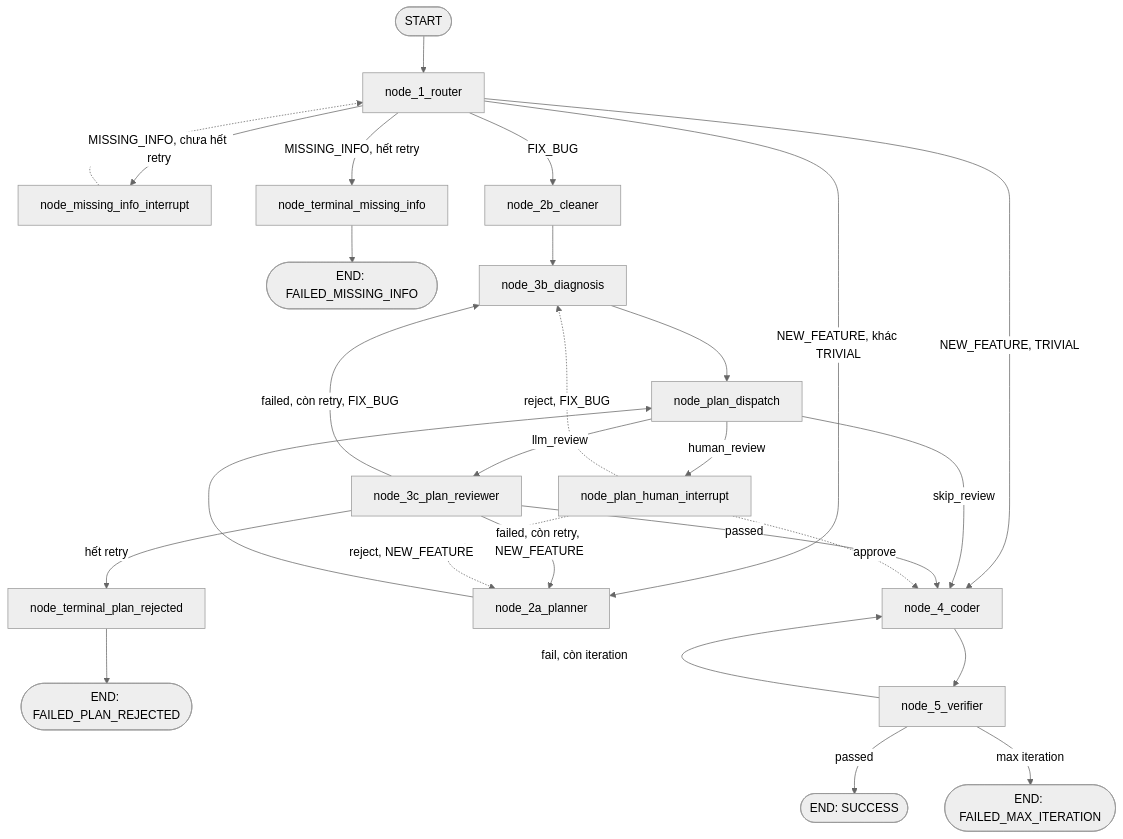
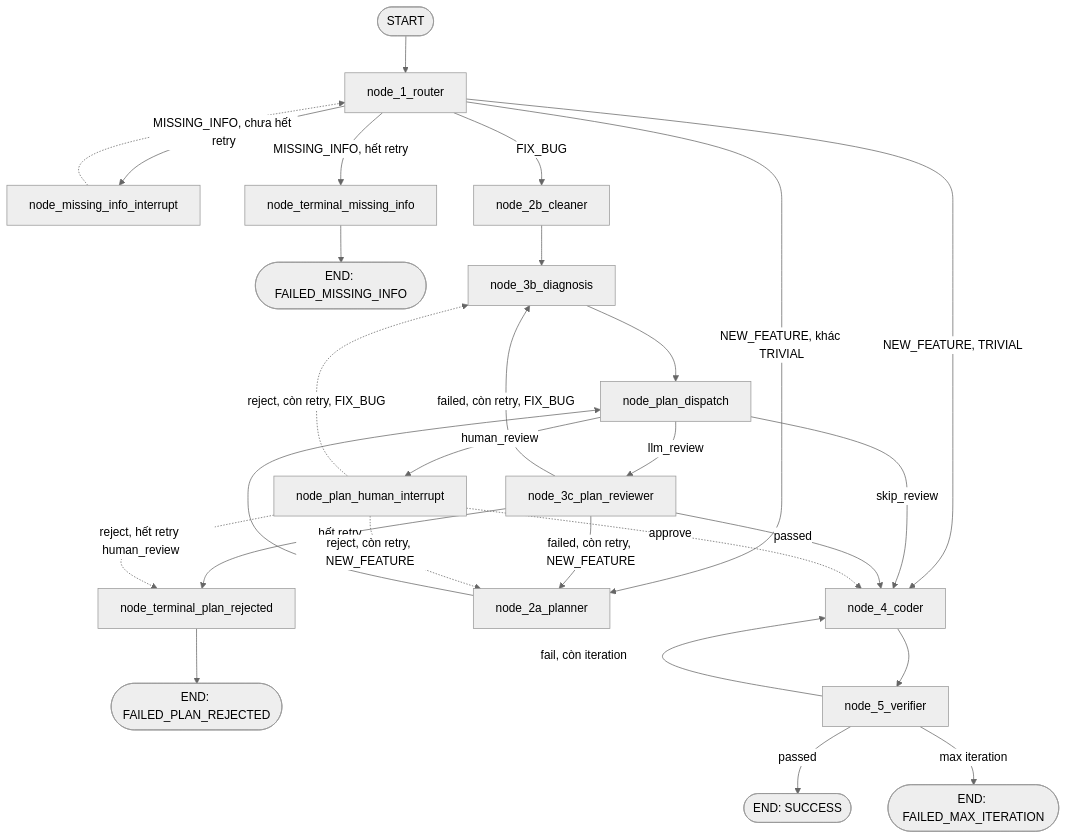
The diagram in AGENTS.md (vchieu/ai_engineer_agent), drawn with Mermaid (neutral theme) before and after one commit. The commit also changed other lines of this file and 12 other files, not shown here.

````diff
--- a/AGENTS.md
+++ b/AGENTS.md
@@ -72,33 +80,34 @@
 ```mermaid
 flowchart TD
     Start([START]) --> Router[node_1_router]
 
     Router -->|MISSING_INFO, chưa hết retry| Interrupt[node_missing_info_interrupt]
     Router -->|MISSING_INFO, hết retry| TerminalMissing[node_terminal_missing_info] --> EndMissing([END: FAILED_MISSING_INFO])
     Interrupt -.-> Router
 
     Router -->|FIX_BUG| Cleaner[node_2b_cleaner] --> Diagnosis[node_3b_diagnosis]
     Router -->|NEW_FEATURE, TRIVIAL| Coder
     Router -->|NEW_FEATURE, khác TRIVIAL| Planner[node_2a_planner]
 
     Diagnosis --> Dispatch[node_plan_dispatch]
     Planner --> Dispatch
 
     Dispatch -->|skip_review| Coder[node_4_coder]
     Dispatch -->|llm_review| PlanReviewer[node_3c_plan_reviewer]
     Dispatch -->|human_review| PlanInterrupt[node_plan_human_interrupt]
 
     PlanReviewer -->|passed| Coder
     PlanReviewer -->|failed, còn retry, FIX_BUG| Diagnosis
     PlanReviewer -->|failed, còn retry, NEW_FEATURE| Planner
     PlanReviewer -->|hết retry| TerminalPlanRejected[node_terminal_plan_rejected] --> EndPlanRejected([END: FAILED_PLAN_REJECTED])
 
     PlanInterrupt -.->|approve| Coder
-    PlanInterrupt -.->|reject, FIX_BUG| Diagnosis
-    PlanInterrupt -.->|reject, NEW_FEATURE| Planner
+    PlanInterrupt -.->|reject, còn retry, FIX_BUG| Diagnosis
+    PlanInterrupt -.->|reject, còn retry, NEW_FEATURE| Planner
+    PlanInterrupt -.->|reject, hết retry human_review| TerminalPlanRejected
 
     Coder --> Verifier[node_5_verifier]
     Verifier -->|passed| EndSuccess([END: SUCCESS])
     Verifier -->|max iteration| EndMaxIter([END: FAILED_MAX_ITERATION])
     Verifier -->|fail, còn iteration| Coder
 ```
````
